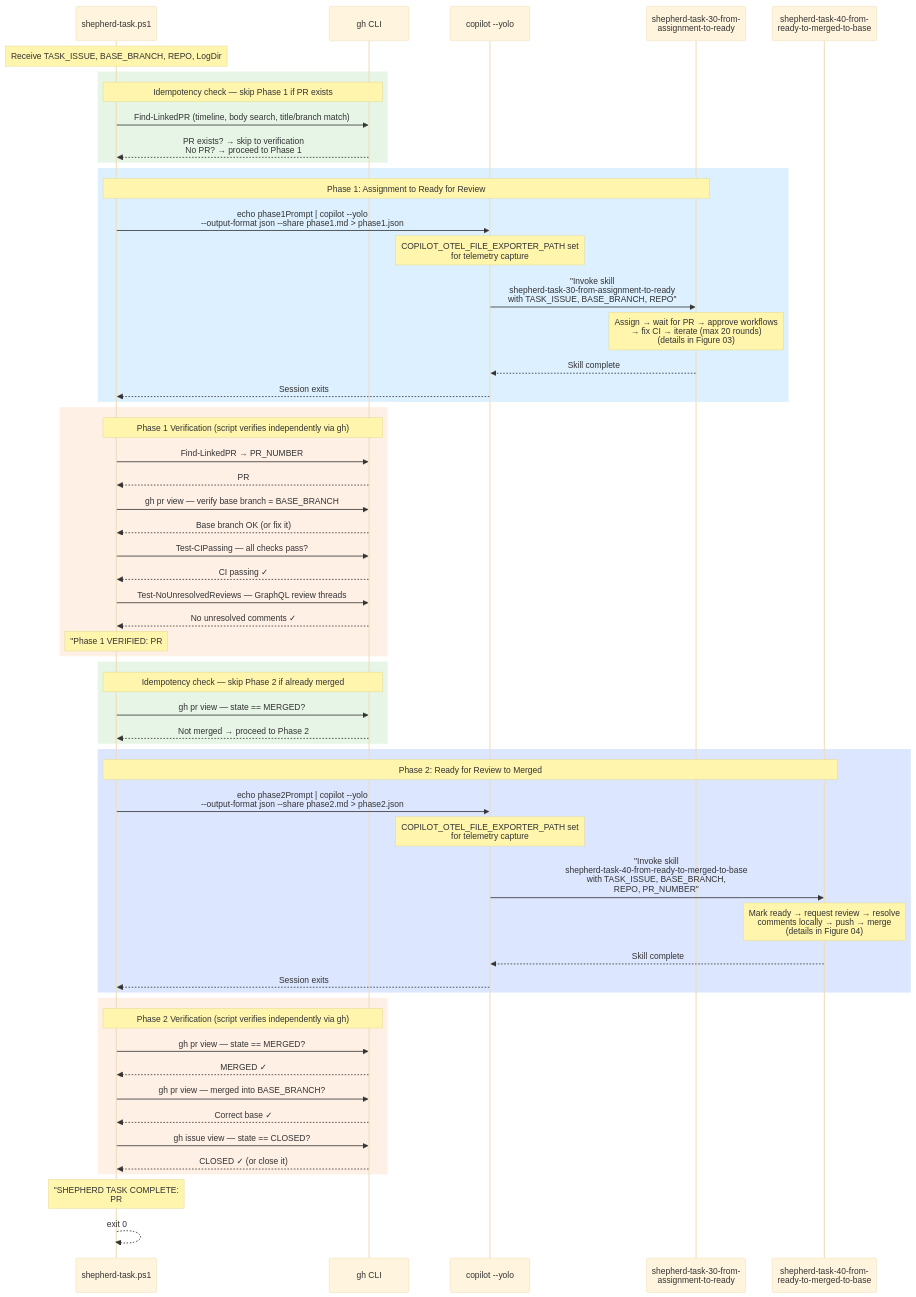
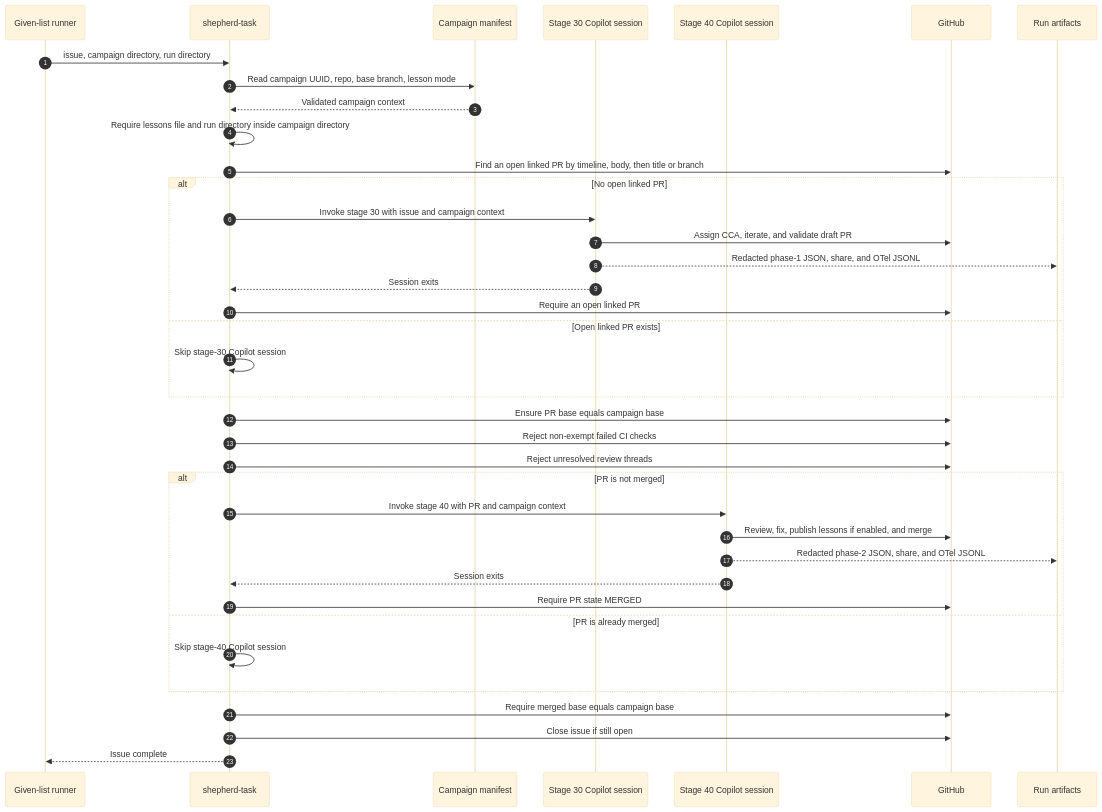
The diagram in plugins/shepherd-task/figure-02-shepherd-task.md (github/awesome-copilot), drawn with Mermaid (base theme) before and after one commit. The commit also changed other lines of this file and 5 other files, not shown here.

First line of the commit message:
docs: rewrite shepherd-task guide

````diff
--- a/plugins/shepherd-task/figure-02-shepherd-task.md
+++ b/plugins/shepherd-task/figure-02-shepherd-task.md
@@ -7,68 +7,45 @@
 ```mermaid
 sequenceDiagram
-    participant ST as shepherd-task.ps1
-    participant GH as gh CLI
-    participant Copilot as copilot --yolo
-    participant Skill1 as shepherd-task-30-from-<br/>assignment-to-ready
-    participant Skill2 as shepherd-task-40-from-<br/>ready-to-merged-to-base
+    autonumber
+    participant GL as Given-list runner
+    participant ST as shepherd-task
+    participant CM as Campaign manifest
+    participant P1 as Stage 30 Copilot session
+    participant P2 as Stage 40 Copilot session
+    participant GH as GitHub
+    participant Art as Run artifacts
 
-    Note over ST: Receive TASK_ISSUE, BASE_BRANCH, REPO, LogDir
+    GL->>ST: issue, campaign directory, run directory
+    ST->>CM: Read campaign UUID, repo, base branch, lesson mode
+    CM-->>ST: Validated campaign context
+    ST->>ST: Require lessons file and run directory inside campaign directory
+    ST->>GH: Find an open linked PR by timeline, body, then title or branch
 
-    rect rgb(230, 245, 230)
-        Note over ST,GH: Idempotency check — skip Phase 1 if PR exists
-        ST->>GH: Find-LinkedPR (timeline, body search, title/branch match)
-        GH-->>ST: PR exists? → skip to verification<br/>No PR? → proceed to Phase 1
+    alt No open linked PR
+        ST->>P1: Invoke stage 30 with issue and campaign context
+        P1->>GH: Assign CCA, iterate, and validate draft PR
+        P1-->>Art: Redacted phase-1 JSON, share, and OTel JSONL
+        P1-->>ST: Session exits
+        ST->>GH: Require an open linked PR
+    else Open linked PR exists
+        ST->>ST: Skip stage-30 Copilot session
     end
 
-    rect rgb(220, 240, 255)
-        Note over ST,Skill1: Phase 1: Assignment to Ready for Review
-        ST->>Copilot: echo phase1Prompt | copilot --yolo<br/>--output-format json --share phase1.md > phase1.json
-        Note over Copilot: COPILOT_OTEL_FILE_EXPORTER_PATH set<br/>for telemetry capture
-        Copilot->>Skill1: "Invoke skill<br/>shepherd-task-30-from-assignment-to-ready<br/>with TASK_ISSUE, BASE_BRANCH, REPO"
-        Note over Skill1: Assign → wait for PR → approve workflows<br/>→ fix CI → iterate (max 20 rounds)<br/>(details in Figure 03)
-        Skill1-->>Copilot: Skill complete
-        Copilot-->>ST: Session exits
+    ST->>GH: Ensure PR base equals campaign base
+    ST->>GH: Reject non-exempt failed CI checks
+    ST->>GH: Reject unresolved review threads
+
+    alt PR is not merged
+        ST->>P2: Invoke stage 40 with PR and campaign context
+        P2->>GH: Review, fix, publish lessons if enabled, and merge
+        P2-->>Art: Redacted phase-2 JSON, share, and OTel JSONL
+        P2-->>ST: Session exits
+        ST->>GH: Require PR state MERGED
+    else PR is already merged
+        ST->>ST: Skip stage-40 Copilot session
     end
 
-    rect rgb(255, 240, 230)
-        Note over ST,GH: Phase 1 Verification (script verifies independently via gh)
-        ST->>GH: Find-LinkedPR → PR_NUMBER
-        GH-->>ST: PR #N found
-        ST->>GH: gh pr view — verify base branch = BASE_BRANCH
-        GH-->>ST: Base branch OK (or fix it)
-        ST->>GH: Test-CIPassing — all checks pass?
-        GH-->>ST: CI passing ✓
-        ST->>GH: Test-NoUnresolvedReviews — GraphQL review threads
-        GH-->>ST: No unresolved comments ✓
-        Note over ST: "Phase 1 VERIFIED: PR #N is ready"
-    end
-
-    rect rgb(230, 245, 230)
-        Note over ST,GH: Idempotency check — skip Phase 2 if already merged
-        ST->>GH: gh pr view — state == MERGED?
-        GH-->>ST: Not merged → proceed to Phase 2
-    end
-
-    rect rgb(220, 230, 255)
-        Note over ST,Skill2: Phase 2: Ready for Review to Merged
-        ST->>Copilot: echo phase2Prompt | copilot --yolo<br/>--output-format json --share phase2.md > phase2.json
-        Note over Copilot: COPILOT_OTEL_FILE_EXPORTER_PATH set<br/>for telemetry capture
-        Copilot->>Skill2: "Invoke skill<br/>shepherd-task-40-from-ready-to-merged-to-base<br/>with TASK_ISSUE, BASE_BRANCH,<br/>REPO, PR_NUMBER"
-        Note over Skill2: Mark ready → request review → resolve<br/>comments locally → push → merge<br/>(details in Figure 04)
-        Skill2-->>Copilot: Skill complete
-        Copilot-->>ST: Session exits
-    end
-
-    rect rgb(255, 240, 230)
-        Note over ST,GH: Phase 2 Verification (script verifies independently via gh)
-        ST->>GH: gh pr view — state == MERGED?
-        GH-->>ST: MERGED ✓
-        ST->>GH: gh pr view — merged into BASE_BRANCH?
-        GH-->>ST: Correct base ✓
-        ST->>GH: gh issue view — state == CLOSED?
-        GH-->>ST: CLOSED ✓ (or close it)
-    end
-
-    Note over ST: "SHEPHERD TASK COMPLETE:<br/>PR #N merged to BASE_BRANCH"
-    ST-->>ST: exit 0
+    ST->>GH: Require merged base equals campaign base
+    ST->>GH: Close issue if still open
+    ST-->>GL: Issue complete
 ```
````
